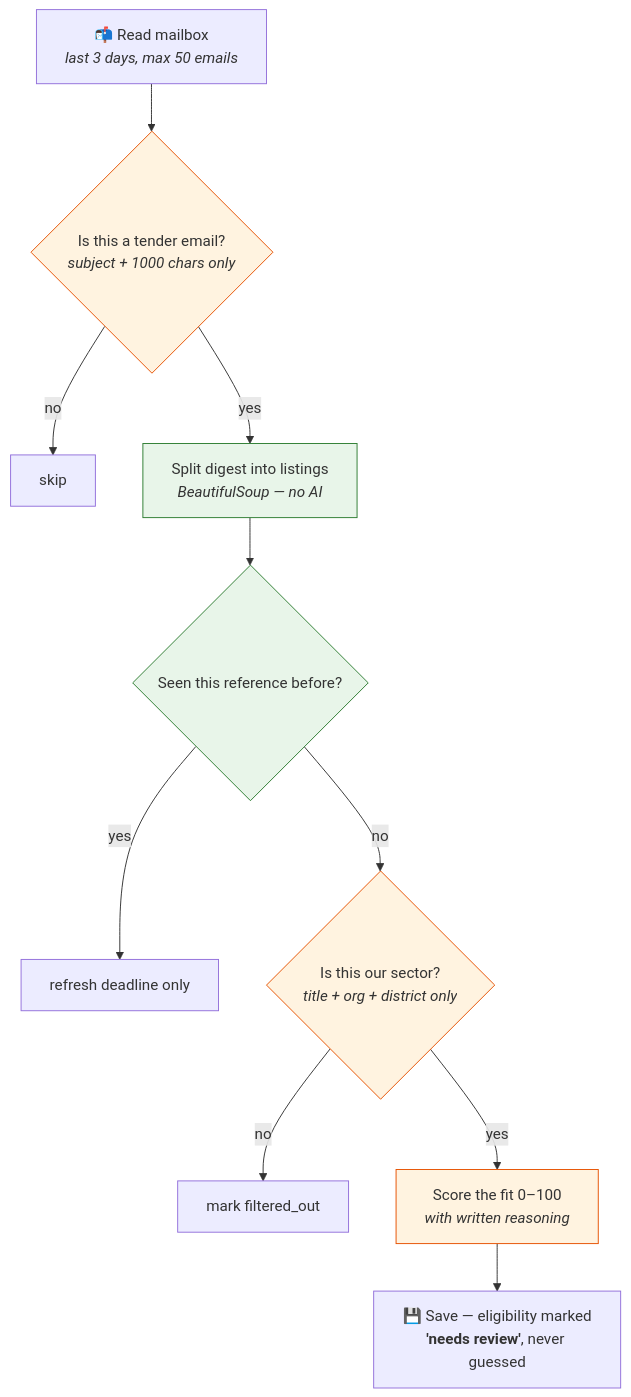
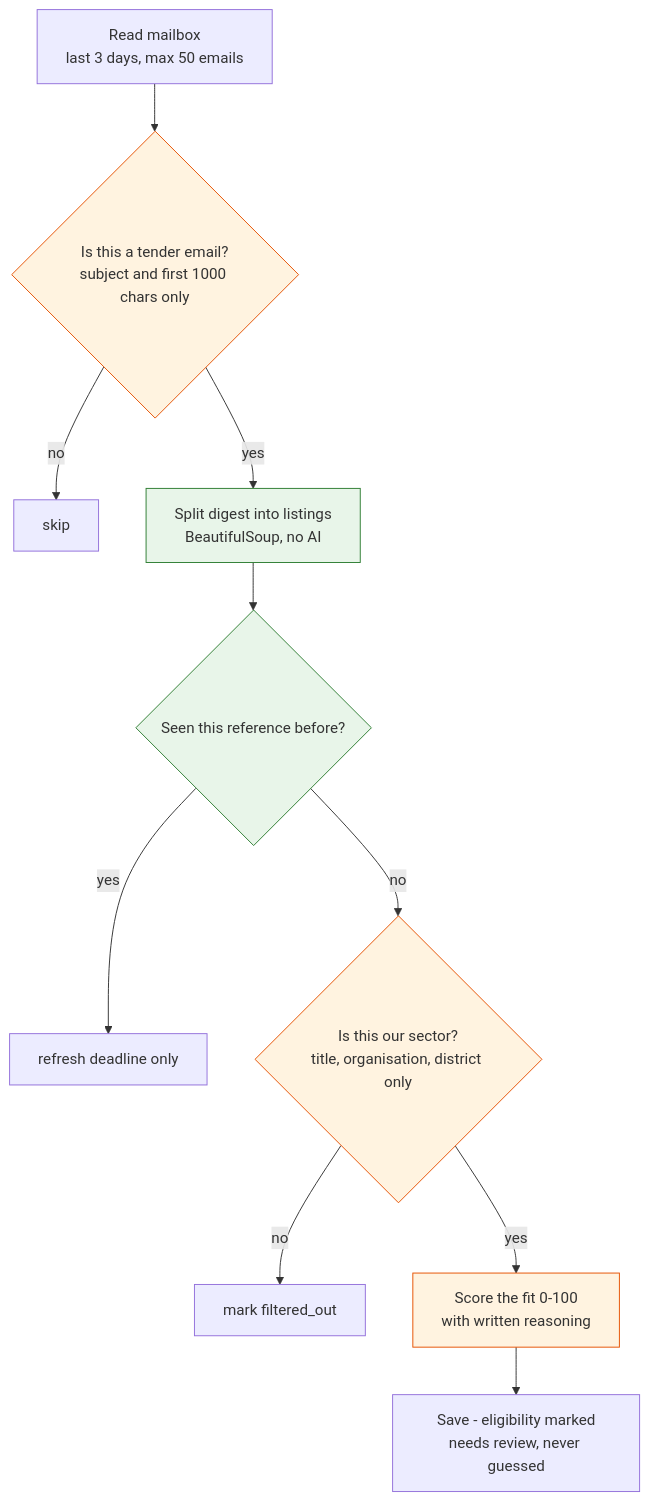
One commit to AishikBarua/bhumijo-proposal-tender-system changed the second of 2 diagrams in README.md. Above: the diagram before and after it, drawn with Mermaid. The commit also changed other lines of this file, not shown here.

Commit message:
Fix Mermaid syntax so the README diagrams render on GitHub

````diff
--- a/README.md
+++ b/README.md
@@ -65,18 +65,18 @@
 ```mermaid
 flowchart TD
-    A["📬 Read mailbox<br/><i>last 3 days, max 50 emails</i>"] --> B
-    B{"Is this a tender email?<br/><i>subject + 1000 chars only</i>"} -->|no| X1[skip]
-    B -->|yes| C["Split digest into listings<br/><i>BeautifulSoup — no AI</i>"]
+    A["Read mailbox<br/>last 3 days, max 50 emails"] --> B{"Is this a tender email?<br/>subject and first 1000 chars only"}
+    B -->|no| X1["skip"]
+    B -->|yes| C["Split digest into listings<br/>BeautifulSoup, no AI"]
     C --> D{"Seen this reference before?"}
     D -->|yes| X2["refresh deadline only"]
-    D -->|no| E{"Is this our sector?<br/><i>title + org + district only</i>"}
+    D -->|no| E{"Is this our sector?<br/>title, organisation, district only"}
     E -->|no| X3["mark filtered_out"]
-    E -->|yes| F["Score the fit 0–100<br/><i>with written reasoning</i>"]
-    F --> G["💾 Save — eligibility marked<br/><b>'needs review'</b>, never guessed"]
+    E -->|yes| F["Score the fit 0-100<br/>with written reasoning"]
+    F --> G["Save - eligibility marked<br/>needs review, never guessed"]
 
     style B fill:#fff3e0,stroke:#e65100
     style E fill:#fff3e0,stroke:#e65100
     style F fill:#fff3e0,stroke:#e65100
     style C fill:#e8f5e9,stroke:#2e7d32
     style D fill:#e8f5e9,stroke:#2e7d32
 ```
````
